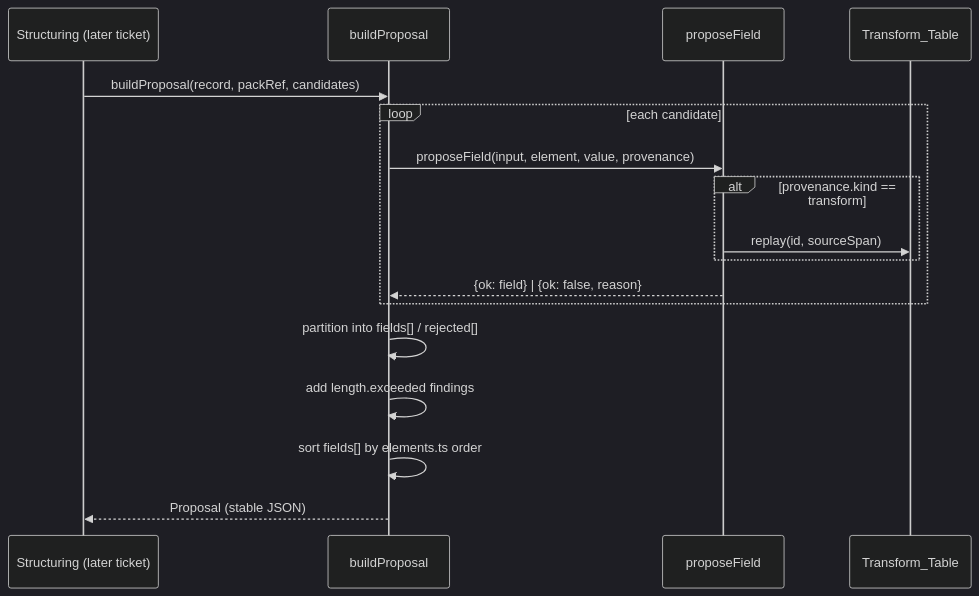
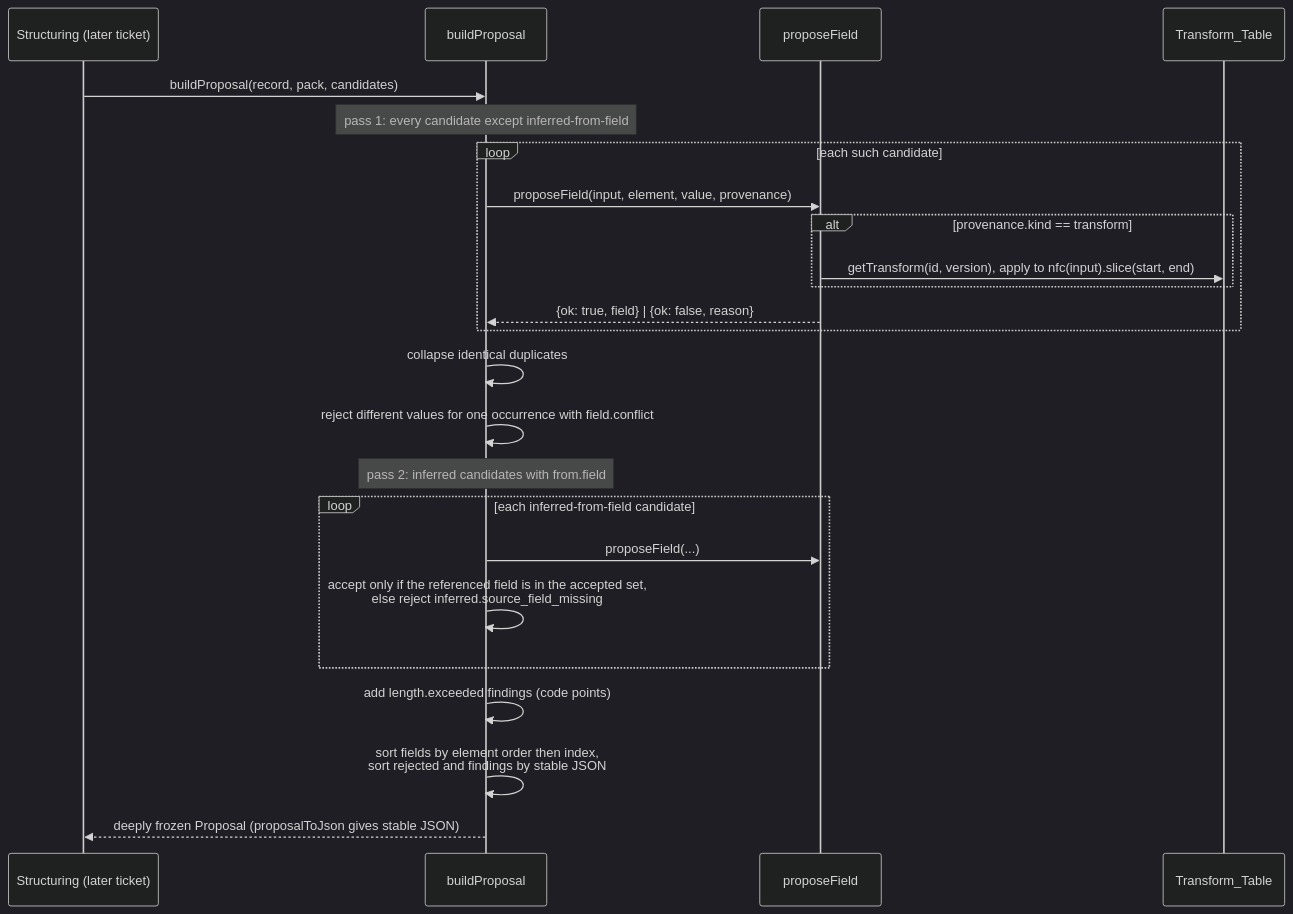
One commit to swapnaliss/4x35 changed the second of 2 diagrams in .kiro/specs/domain-core/design.md. Above: the diagram before and after it, drawn with Mermaid (dark theme). The commit also changed other lines of this file and 2 other files, not shown here.

````diff
--- a/.kiro/specs/domain-core/design.md
+++ b/.kiro/specs/domain-core/design.md
@@ -57,20 +87,27 @@
 ```mermaid
 sequenceDiagram
     participant Caller as Structuring (later ticket)
     participant Builder as buildProposal
     participant Checker as proposeField
     participant Table as Transform_Table
 
-    Caller->>Builder: buildProposal(record, packRef, candidates)
-    loop each candidate
+    Caller->>Builder: buildProposal(record, pack, candidates)
+    Note over Builder: pass 1: every candidate except inferred-from-field
+    loop each such candidate
         Builder->>Checker: proposeField(input, element, value, provenance)
         alt provenance.kind == transform
-            Checker->>Table: replay(id, sourceSpan)
+            Checker->>Table: getTransform(id, version), apply to nfc(input).slice(start, end)
         end
-        Checker-->>Builder: {ok: field} | {ok: false, reason}
+        Checker-->>Builder: {ok: true, field} | {ok: false, reason}
     end
-    Builder->>Builder: partition into fields[] / rejected[]
-    Builder->>Builder: add length.exceeded findings
-    Builder->>Builder: sort fields[] by elements.ts order
-    Builder-->>Caller: Proposal (stable JSON)
+    Builder->>Builder: collapse identical duplicates
+    Builder->>Builder: reject different values for one occurrence with field.conflict
+    Note over Builder: pass 2: inferred candidates with from.field
+    loop each inferred-from-field candidate
+        Builder->>Checker: proposeField(...)
+        Builder->>Builder: accept only if the referenced field is in the accepted set,<br/>else reject inferred.source_field_missing
+    end
+    Builder->>Builder: add length.exceeded findings (code points)
+    Builder->>Builder: sort fields by element order then index,<br/>sort rejected and findings by stable JSON
+    Builder-->>Caller: deeply frozen Proposal (proposalToJson gives stable JSON)
 ```
````
